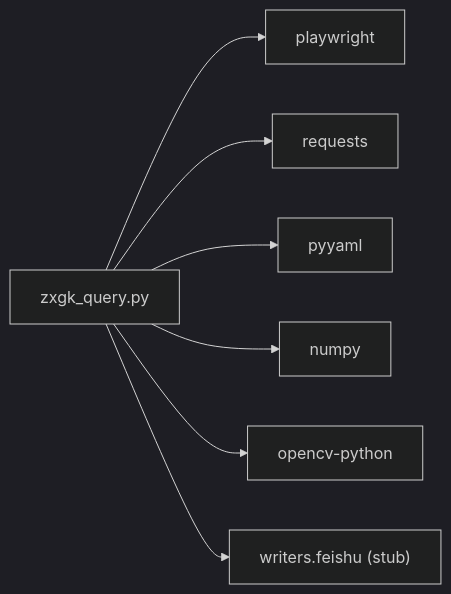
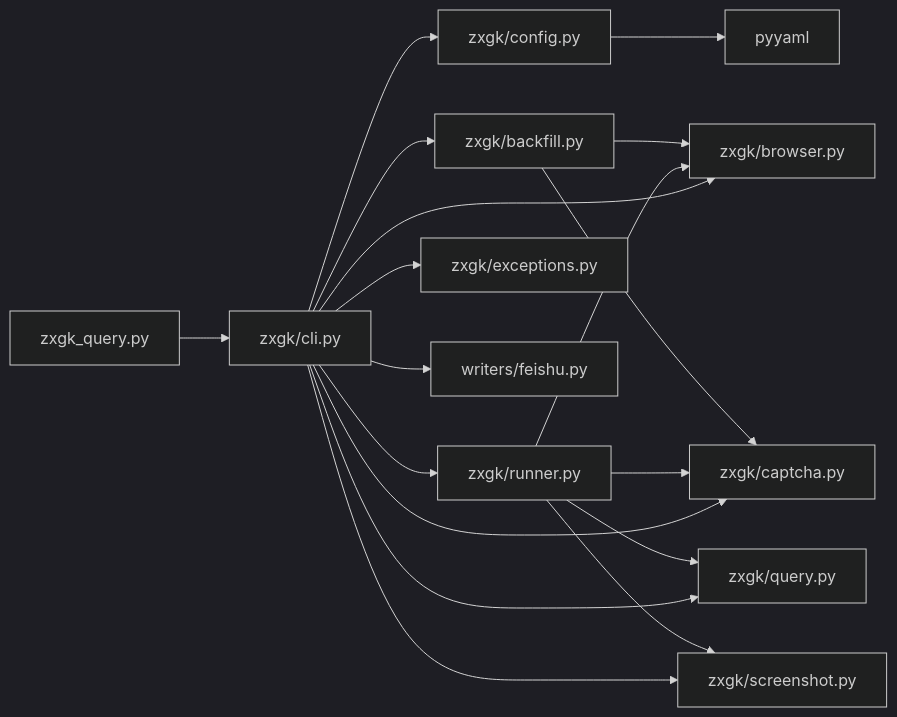
One commit to supotato-ipj/zxgk_auto_query-skill changed the third of 3 diagrams in .qoder/repowiki/en/content/CLI Interface Reference.md. Above: the diagram before and after it, drawn with Mermaid (dark theme). The commit also changed other lines of this file and 24 other files, not shown here.

````diff
--- a/.qoder/repowiki/en/content/CLI Interface Reference.md
+++ b/.qoder/repowiki/en/content/CLI Interface Reference.md
@@ -292,9 +519,20 @@
 ```mermaid
 graph LR
-CLI["zxgk_query.py"] --> PW["playwright"]
-CLI --> REQ["requests"]
-CLI --> YML["pyyaml"]
-CLI --> NPY["numpy"]
-CLI --> CV2["opencv-python"]
-CLI --> FW["writers.feishu (stub)"]
+Entry["zxgk_query.py"] --> CLI["zxgk/cli.py"]
+CLI --> Config["zxgk/config.py"]
+CLI --> Runner["zxgk/runner.py"]
+CLI --> Backfill["zxgk/backfill.py"]
+CLI --> Browser["zxgk/browser.py"]
+CLI --> Captcha["zxgk/captcha.py"]
+CLI --> Query["zxgk/query.py"]
+CLI --> Screenshot["zxgk/screenshot.py"]
+CLI --> Exceptions["zxgk/exceptions.py"]
+CLI --> Writers["writers/feishu.py"]
+Config --> YAML["pyyaml"]
+Runner --> Browser
+Runner --> Captcha
+Runner --> Query
+Runner --> Screenshot
+Backfill --> Browser
+Backfill --> Captcha
 ```
````
